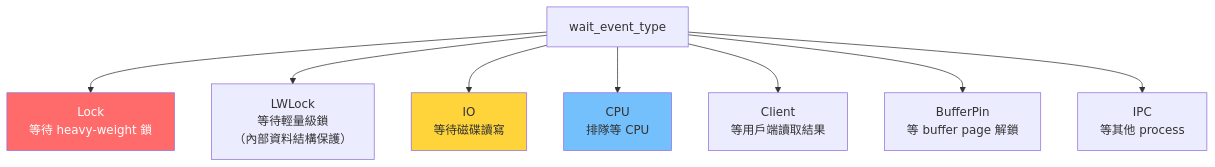
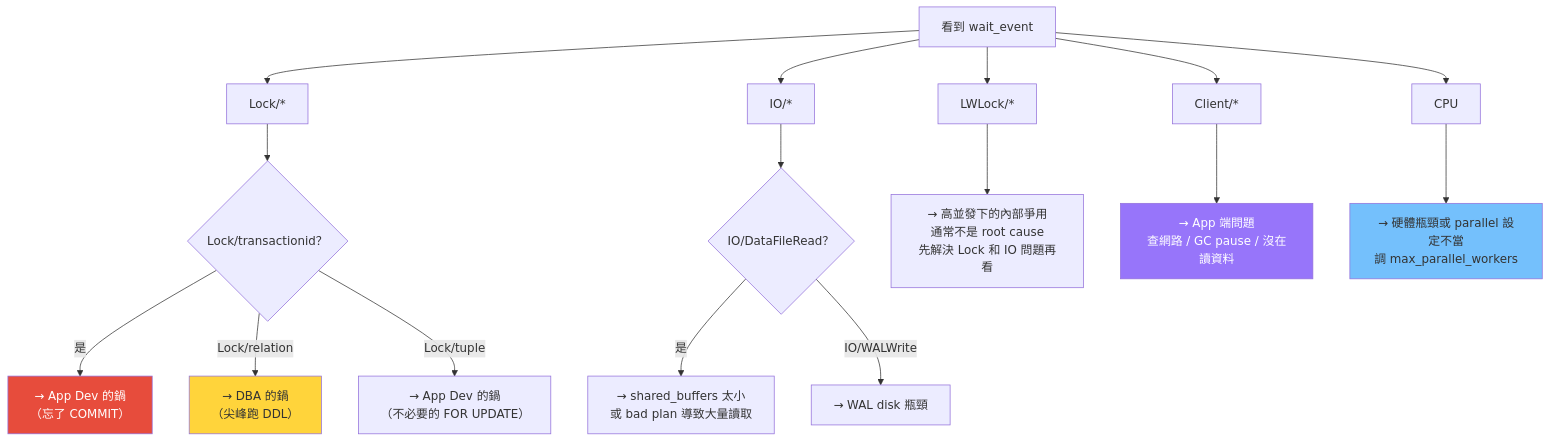
Before and after one commit to henry-tpwong/postgresql_note: diagram 11 of 25 in PostgreSQL_Monitoring.md, drawn with Mermaid. The commit also changed other lines of this file, not shown here.

````diff
--- a/PostgreSQL_Monitoring.md
+++ b/PostgreSQL_Monitoring.md
@@ -161,14 +641,28 @@
 ```mermaid
-graph TB
-    W["wait_event_type"] --> L["Lock<br/>等待 heavy-weight 鎖"]
-    W --> LW["LWLock<br/>等待輕量級鎖<br/>（內部資料結構保護）"]
-    W --> IO["IO<br/>等待磁碟讀寫"]
-    W --> CPU["CPU<br/>排隊等 CPU"]
-    W --> Client["Client<br/>等用戶端讀取結果"]
-    W --> BufferPin["BufferPin<br/>等 buffer page 解鎖"]
-    W --> IPC["IPC<br/>等其他 process"]
-    
-    style L fill:#ff6b6b,color:#fff
-    style IO fill:#ffd43b
-    style CPU fill:#74c0fc
+flowchart TD
+    WE["看到 wait_event"] --> LOCK["Lock/*"]
+    WE --> IO["IO/*"]
+    WE --> LW["LWLock/*"]
+    WE --> CLIENT["Client/*"]
+    WE --> CPU2["CPU"]
+
+    LOCK --> LOCK_DETAIL{"Lock/transactionid？"}
+    LOCK_DETAIL -->|"是"| LOCK_TX["→ App Dev 的鍋<br/>（忘了 COMMIT）"]
+    LOCK_DETAIL -->|"Lock/relation"| LOCK_REL["→ DBA 的鍋<br/>（尖峰跑 DDL）"]
+    LOCK_DETAIL -->|"Lock/tuple"| LOCK_TUPLE["→ App Dev 的鍋<br/>（不必要的 FOR UPDATE）"]
+
+    IO --> IO_DETAIL{"IO/DataFileRead？"}
+    IO_DETAIL -->|"是"| IO_ACT["→ shared_buffers 太小<br/>或 bad plan 導致大量讀取"]
+    IO_DETAIL -->|"IO/WALWrite"| IO_WAL["→ WAL disk 瓶頸"]
+
+    LW --> LW_ACT["→ 高並發下的內部爭用<br/>通常不是 root cause<br/>先解決 Lock 和 IO 問題再看"]
+
+    CLIENT --> CLIENT_ACT["→ App 端問題<br/>查網路 / GC pause / 沒在讀資料"]
+
+    CPU2 --> CPU_ACT["→ 硬體瓶頸或 parallel 設定不當<br/>調 max_parallel_workers"]
+
+    style LOCK_TX fill:#e74c3c,color:#fff
+    style LOCK_REL fill:#ffd43b
+    style CPU_ACT fill:#74c0fc
+    style CLIENT_ACT fill:#9775fa,color:#fff
 ```
````
